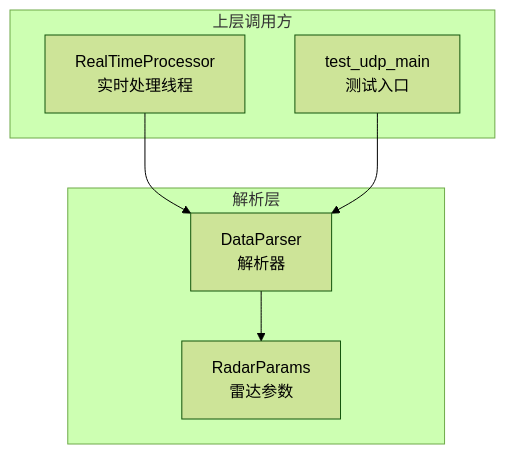
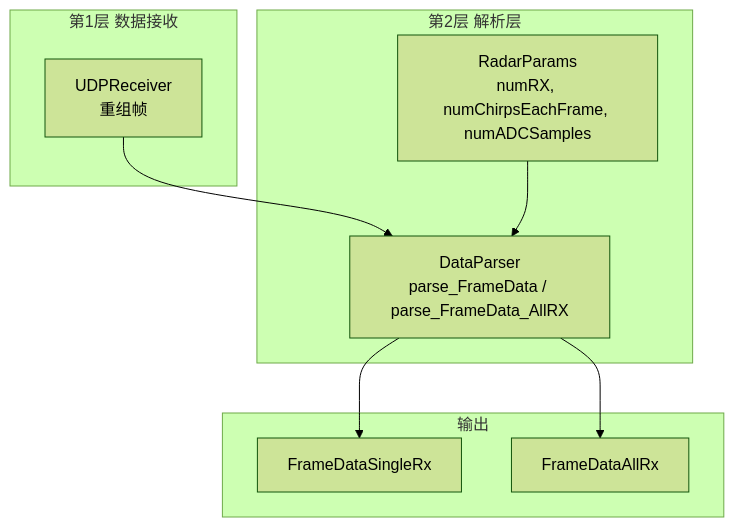
The first of 7 diagrams in .qoder/repowiki/zh/content/网络数据链路与解析/雷达数据解析.md (Lukad77/awr1843-radar-toolkit), drawn with Mermaid (forest theme) before and after one commit. The commit also changed other lines of this file and 106 other files, not shown here.

````diff
--- a/.qoder/repowiki/zh/content/网络数据链路与解析/雷达数据解析.md
+++ b/.qoder/repowiki/zh/content/网络数据链路与解析/雷达数据解析.md
@@ -37,14 +38,18 @@
 ```mermaid
 graph TB
-subgraph "解析层"
-DP["DataParser<br/>解析器"]
-RP["RadarParams<br/>雷达参数"]
+subgraph "第1层 数据接收"
+UDP["UDPReceiver<br/>重组帧"]
 end
-subgraph "上层调用方"
-RTP["RealTimeProcessor<br/>实时处理线程"]
-TUM["test_udp_main<br/>测试入口"]
+subgraph "第2层 解析层"
+DP["DataParser<br/>parse_FrameData / parse_FrameData_AllRX"]
+RP["RadarParams<br/>numRX, numChirpsEachFrame, numADCSamples"]
 end
-RTP --> DP
-TUM --> DP
-DP --> RP
+subgraph "输出"
+S1["FrameDataSingleRx"]
+S2["FrameDataAllRx"]
+end
+UDP --> DP
+RP --> DP
+DP --> S1
+DP --> S2
 ```
````
